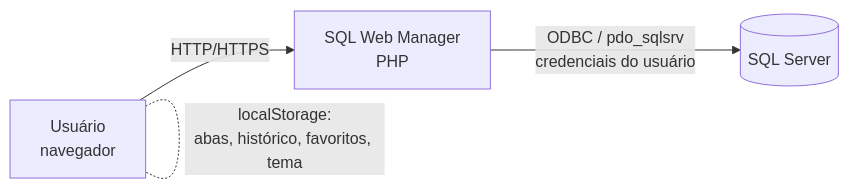
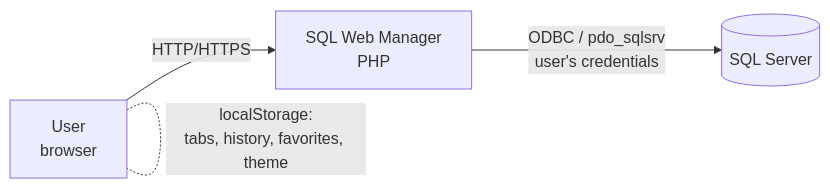
One commit to sinvalfelisberto/sql-server-admin changed the first of 4 diagrams in docs/architecture.md. Above: the diagram before and after it, drawn with Mermaid. The commit also changed other lines of this file and 38 other files, not shown here.

````diff
--- a/docs/architecture.md
+++ b/docs/architecture.md
@@ -7,6 +7,6 @@
 ```mermaid
 flowchart LR
-    U[Usuário<br/>navegador] -- HTTP/HTTPS --> APP[SQL Web Manager<br/>PHP]
-    APP -- ODBC / pdo_sqlsrv<br/>credenciais do usuário --> SQL[(SQL Server)]
-    U -. localStorage:<br/>abas, histórico, favoritos, tema .- U
+    U[User<br/>browser] -- HTTP/HTTPS --> APP[SQL Web Manager<br/>PHP]
+    APP -- ODBC / pdo_sqlsrv<br/>user's credentials --> SQL[(SQL Server)]
+    U -. localStorage:<br/>tabs, history, favorites, theme .- U
 ```
````
